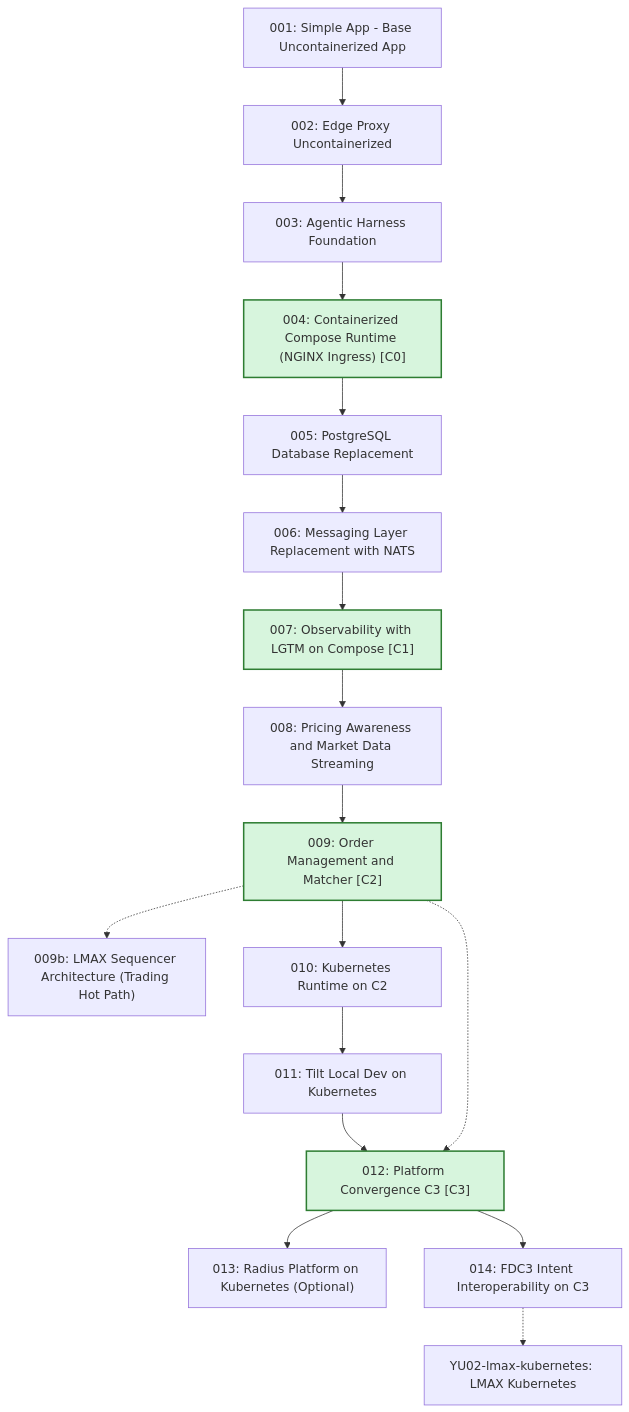
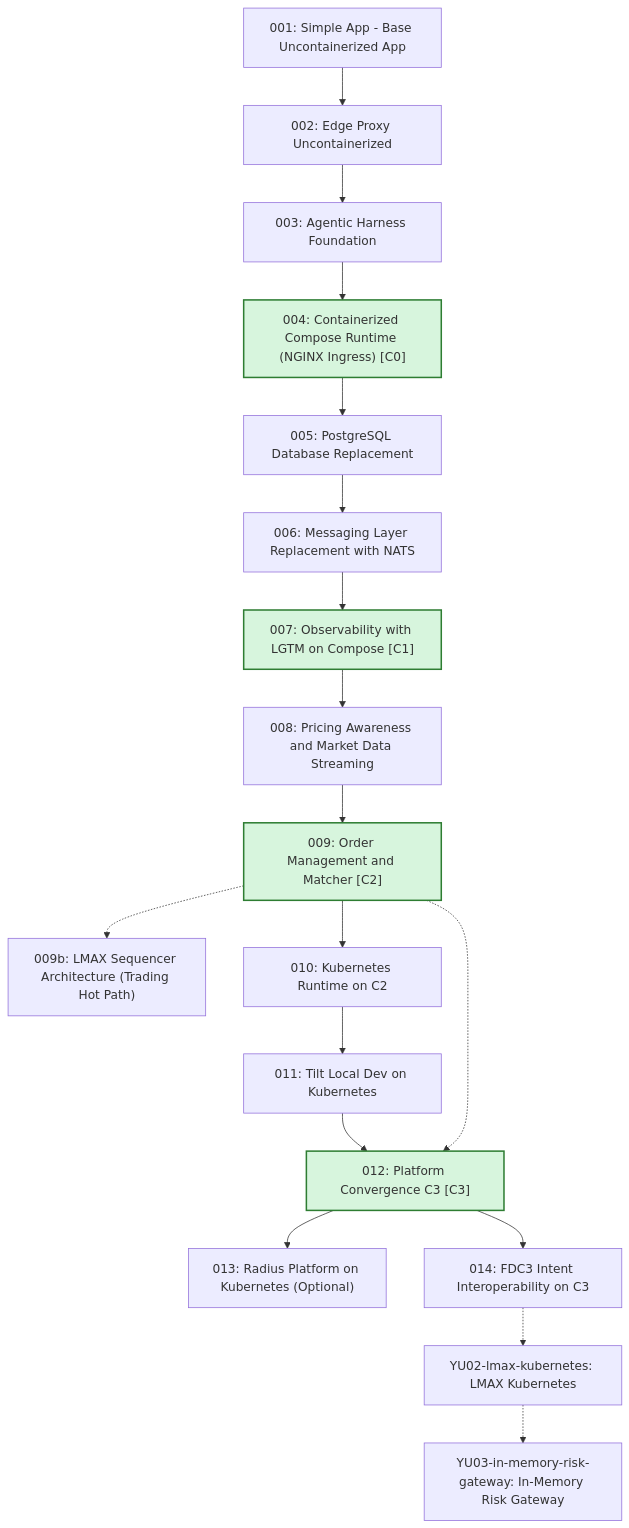
Before and after one commit to YU-CS-Summer-2026-Distributed-TraderX/traderX: the second of 3 diagrams in docs/learning-paths/index.md, drawn with Mermaid. The commit also changed other lines of this file and 24 other files, not shown here.

````diff
--- a/docs/learning-paths/index.md
+++ b/docs/learning-paths/index.md
@@ -36,56 +36,59 @@
 ```mermaid
 flowchart TB
   S001_baseline_uncontainerized_parity["001: Simple App - Base Uncontainerized App"]
   S002_edge_proxy_uncontainerized["002: Edge Proxy Uncontainerized"]
   S003_agentic_harness_foundation["003: Agentic Harness Foundation"]
   S004_containerized_compose_runtime["004: Containerized Compose Runtime (NGINX Ingress) [C0]"]
   S005_postgres_database_replacement["005: PostgreSQL Database Replacement"]
   S006_messaging_nats_replacement["006: Messaging Layer Replacement with NATS"]
   S007_observability_lgtm_compose["007: Observability with LGTM on Compose [C1]"]
   S008_pricing_awareness_market_data["008: Pricing Awareness and Market Data Streaming"]
   S009_order_management_matcher["009: Order Management and Matcher [C2]"]
   S009b_lmax_sequencer_architecture["009b: LMAX Sequencer Architecture (Trading Hot Path)"]
   S010_kubernetes_runtime["010: Kubernetes Runtime on C2"]
   S011_tilt_kubernetes_dev_loop["011: Tilt Local Dev on Kubernetes"]
   S012_platform_convergence_c3["012: Platform Convergence C3 [C3]"]
   S013_radius_kubernetes_platform["013: Radius Platform on Kubernetes (Optional)"]
   S014_fdc3_intent_interoperability["014: FDC3 Intent Interoperability on C3"]
-  Slmax_kubernetes["YU02-lmax-kubernetes: LMAX Kubernetes"]
+  SYU02_lmax_kubernetes["YU02-lmax-kubernetes: LMAX Kubernetes"]
+  SYU03_in_memory_risk_gateway["YU03-in-memory-risk-gateway: In-Memory Risk Gateway"]
   S001_baseline_uncontainerized_parity --> S002_edge_proxy_uncontainerized
   S002_edge_proxy_uncontainerized --> S003_agentic_harness_foundation
   S003_agentic_harness_foundation --> S004_containerized_compose_runtime
   S004_containerized_compose_runtime --> S005_postgres_database_replacement
   S005_postgres_database_replacement --> S006_messaging_nats_replacement
   S006_messaging_nats_replacement --> S007_observability_lgtm_compose
   S007_observability_lgtm_compose --> S008_pricing_awareness_market_data
   S008_pricing_awareness_market_data --> S009_order_management_matcher
   S009_order_management_matcher -.-> S009b_lmax_sequencer_architecture
   S009_order_management_matcher --> S010_kubernetes_runtime
   S010_kubernetes_runtime --> S011_tilt_kubernetes_dev_loop
   S011_tilt_kubernetes_dev_loop --> S012_platform_convergence_c3
   S012_platform_convergence_c3 --> S013_radius_kubernetes_platform
   S012_platform_convergence_c3 --> S014_fdc3_intent_interoperability
-  S014_fdc3_intent_interoperability -.-> Slmax_kubernetes
+  S014_fdc3_intent_interoperability -.-> SYU02_lmax_kubernetes
+  SYU02_lmax_kubernetes -.-> SYU03_in_memory_risk_gateway
   S009_order_management_matcher -.-> S012_platform_convergence_c3
   click S001_baseline_uncontainerized_parity href "/specs/baseline-uncontainerized-parity" "Open State 001 Spec Pack"
   click S002_edge_proxy_uncontainerized href "/specs/edge-proxy-uncontainerized" "Open State 002 Spec Pack"
   click S003_agentic_harness_foundation href "/specs/agentic-harness-foundation" "Open State 003 Spec Pack"
   click S004_containerized_compose_runtime href "/specs/containerized-compose-runtime" "Open State 004 Spec Pack"
   click S005_postgres_database_replacement href "/specs/postgres-database-replacement" "Open State 005 Spec Pack"
   click S006_messaging_nats_replacement href "/specs/messaging-nats-replacement" "Open State 006 Spec Pack"
   click S007_observability_lgtm_compose href "/specs/observability-lgtm-compose" "Open State 007 Spec Pack"
   click S008_pricing_awareness_market_data href "/specs/pricing-awareness-market-data" "Open State 008 Spec Pack"
   click S009_order_management_matcher href "/specs/order-management-matcher" "Open State 009 Spec Pack"
   click S009b_lmax_sequencer_architecture href "/specs/lmax-sequencer-architecture" "Open State 009b Spec Pack"
   click S010_kubernetes_runtime href "/specs/kubernetes-runtime" "Open State 010 Spec Pack"
   click S011_tilt_kubernetes_dev_loop href "/specs/tilt-kubernetes-dev-loop" "Open State 011 Spec Pack"
   click S012_platform_convergence_c3 href "/specs/platform-convergence-c3" "Open State 012 Spec Pack"
   click S013_radius_kubernetes_platform href "/specs/radius-kubernetes-platform" "Open State 013 Spec Pack"
   click S014_fdc3_intent_interoperability href "/specs/fdc3-intent-interoperability" "Open State 014 Spec Pack"
-  click Slmax_kubernetes href "/specs/YU02-lmax-kubernetes" "Open State YU02-lmax-kubernetes Spec Pack"
+  click SYU02_lmax_kubernetes href "/specs/YU02-lmax-kubernetes" "Open State YU02-lmax-kubernetes Spec Pack"
+  click SYU03_in_memory_risk_gateway href "/specs/YU03-in-memory-risk-gateway" "Open State YU03-in-memory-risk-gateway Spec Pack"
   classDef convergence fill:#d7f5dd,stroke:#2e7d32,stroke-width:2px
   class S004_containerized_compose_runtime convergence
   class S007_observability_lgtm_compose convergence
   class S009_order_management_matcher convergence
   class S012_platform_convergence_c3 convergence
 ```
````
